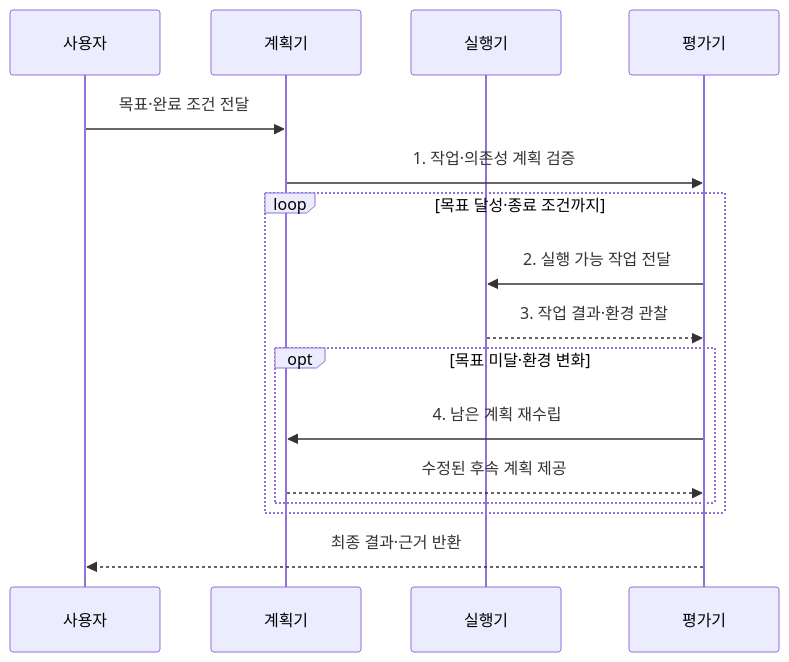
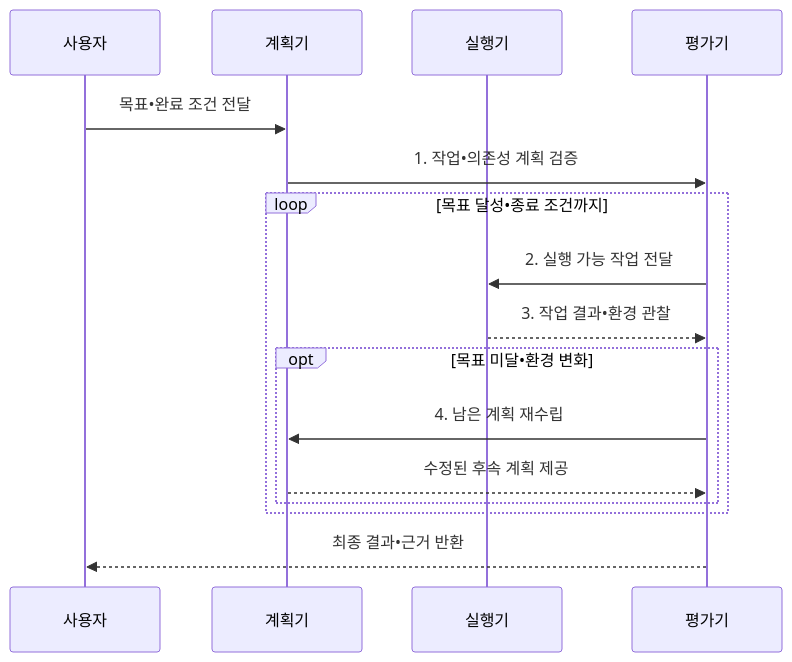
One commit to agnusdei1207/knowledge-base changed the second of 2 diagrams in src/content/docs/notes/08-latest-tech/015_agent_planning.md. Above: the diagram before and after it, drawn with Mermaid. The commit also changed other lines of this file and 953 other files, not shown here.

````diff
--- a/src/content/docs/notes/08-latest-tech/015_agent_planning.md
+++ b/src/content/docs/notes/08-latest-tech/015_agent_planning.md
@@ -102,18 +102,18 @@
 ```mermaid
 sequenceDiagram
     participant U as 사용자
     participant P as 계획기
     participant X as 실행기
     participant E as 평가기
-    U->>P: 목표·완료 조건 전달
-    P->>E: 1. 작업·의존성 계획 검증
-    loop 목표 달성·종료 조건까지
+    U->>P: 목표•완료 조건 전달
+    P->>E: 1. 작업•의존성 계획 검증
+    loop 목표 달성•종료 조건까지
         E->>X: 2. 실행 가능 작업 전달
-        X-->>E: 3. 작업 결과·환경 관찰
-        opt 목표 미달·환경 변화
+        X-->>E: 3. 작업 결과•환경 관찰
+        opt 목표 미달•환경 변화
             E->>P: 4. 남은 계획 재수립
             P-->>E: 수정된 후속 계획 제공
         end
     end
-    E-->>U: 최종 결과·근거 반환
+    E-->>U: 최종 결과•근거 반환
 ```
````
